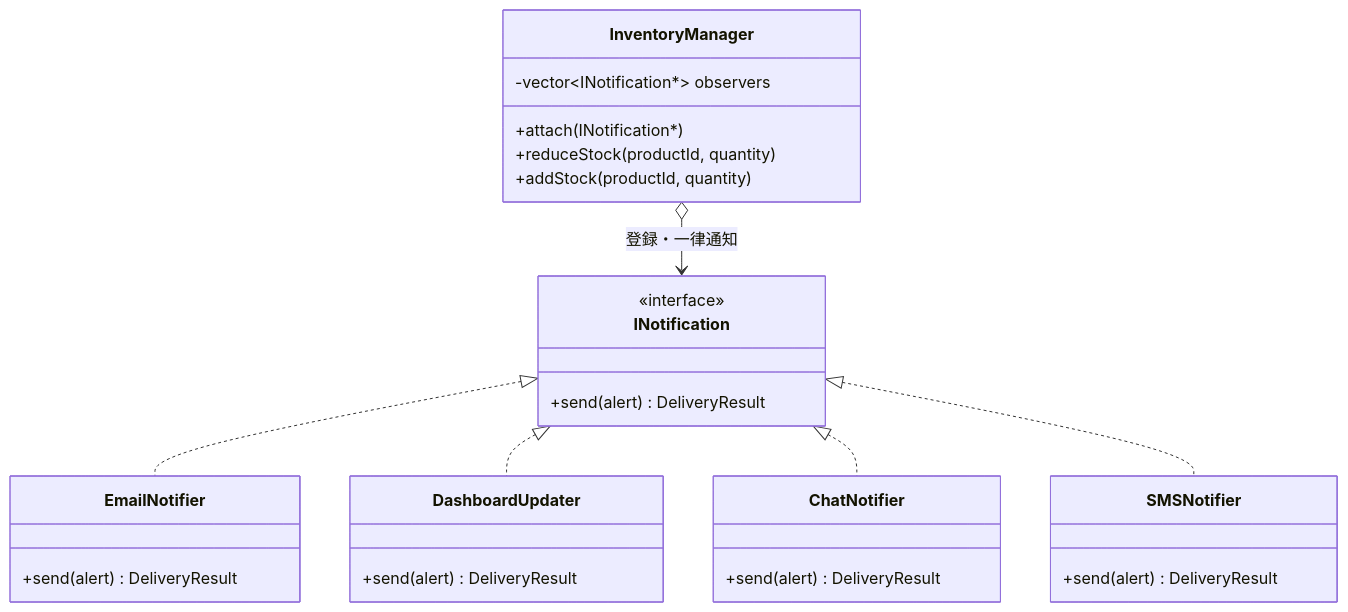
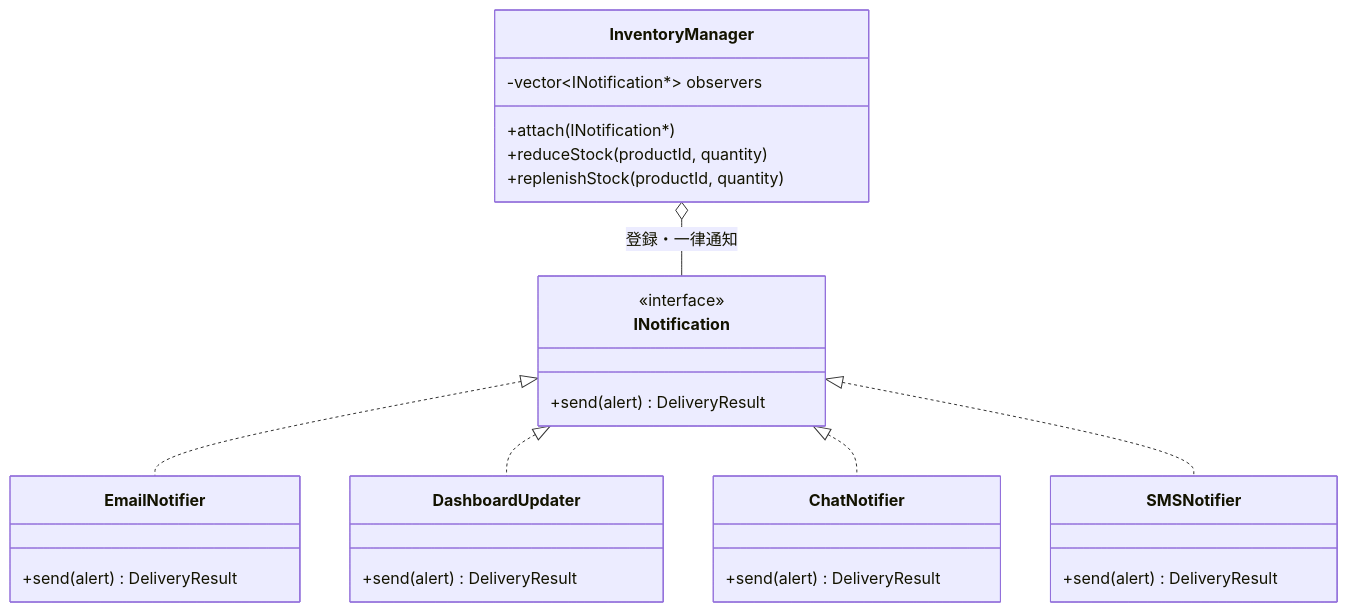
Before and after one commit to kumachan1101-pixel/DesignPattern: the seventh of 13 diagrams in kindle/design-patterns/books/volume01-core-patterns/output/05-chapter03.md, drawn with Mermaid. The commit also changed other lines of this file and 4 other files, not shown here.

````diff
--- a/kindle/design-patterns/books/volume01-core-patterns/output/05-chapter03.md
+++ b/kindle/design-patterns/books/volume01-core-patterns/output/05-chapter03.md
@@ -2264,23 +2250,23 @@
 ```mermaid
 classDiagram
     direction TB
     class InventoryManager {
         -vector~INotification*~ observers
         +attach(INotification*)
         +reduceStock(productId, quantity)
-        +addStock(productId, quantity)
+        +replenishStock(productId, quantity)
     }
     class INotification {
         <<interface>>
         +send(alert) DeliveryResult
     }
     class EmailNotifier { +send(alert) DeliveryResult }
     class DashboardUpdater { +send(alert) DeliveryResult }
     class ChatNotifier { +send(alert) DeliveryResult }
     class SMSNotifier { +send(alert) DeliveryResult }
-    InventoryManager o--> INotification : 登録・一律通知
+    InventoryManager o-- INotification : 登録・一律通知
     INotification <|.. EmailNotifier
     INotification <|.. DashboardUpdater
     INotification <|.. ChatNotifier
     INotification <|.. SMSNotifier
 ```
````
